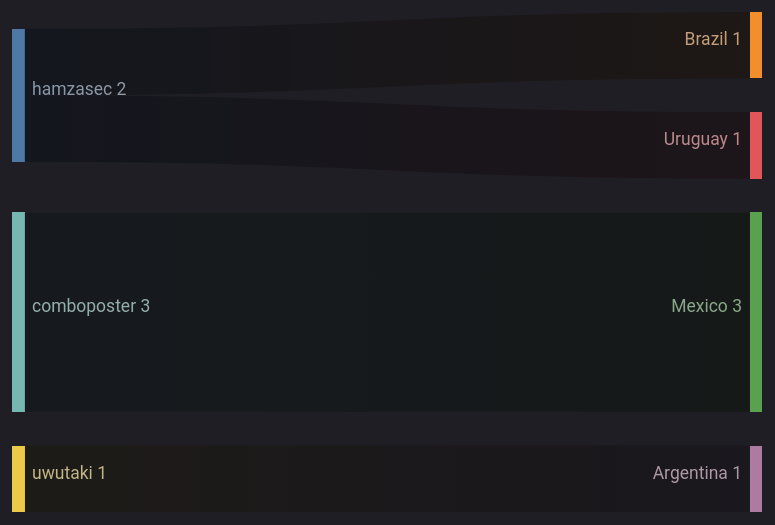
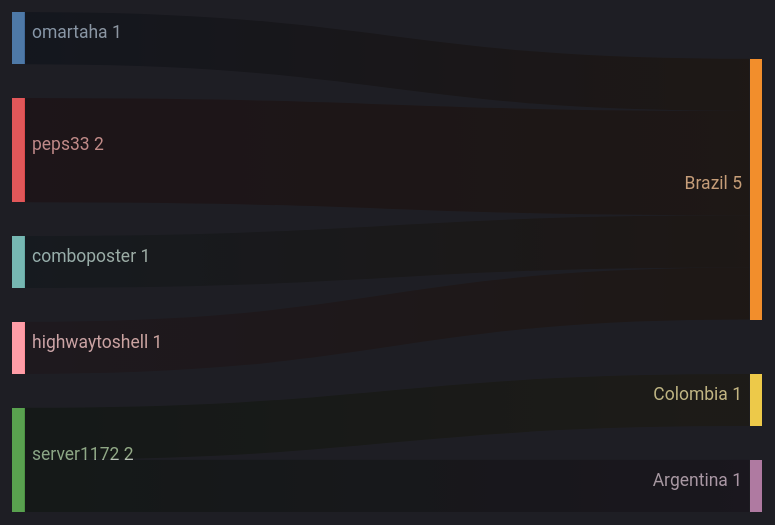
Before and after one commit to ZoqueLabs/website: the fifth of 5 diagrams in exfiltradaz.md, drawn with Mermaid. The commit also changed other lines of this file, not shown here.

````diff
--- a/exfiltradaz.md
+++ b/exfiltradaz.md
@@ -108,11 +119,13 @@
 ```mermaid
 ---
 config:
   theme: dark
 ---
 sankey-beta
-  hamzasec,Brazil,1
-  hamzasec,Uruguay,1
-  comboposter,Mexico,3
-  uwutaki,Argentina,1
+  omartaha,Brazil,1
+  peps33,Brazil,2
+  comboposter,Brazil,1
+  server1172,Colombia,1
+  server1172,Argentina,1
+  highwaytoshell,Brazil,1
 ```
````
